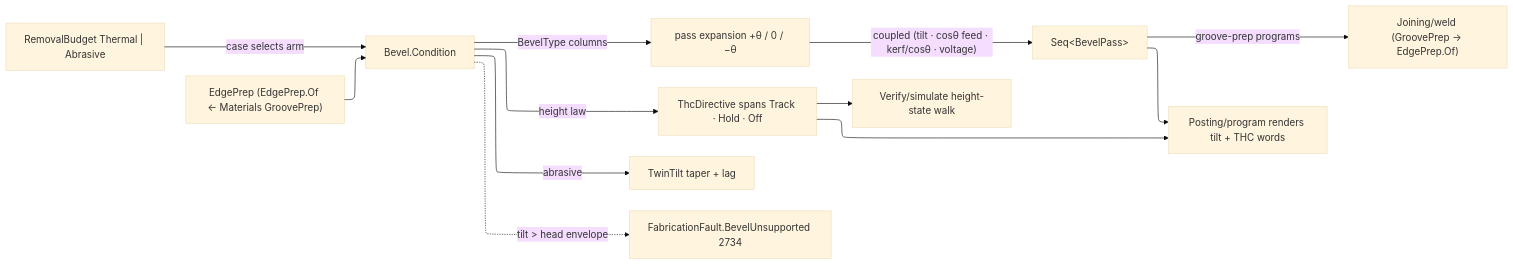
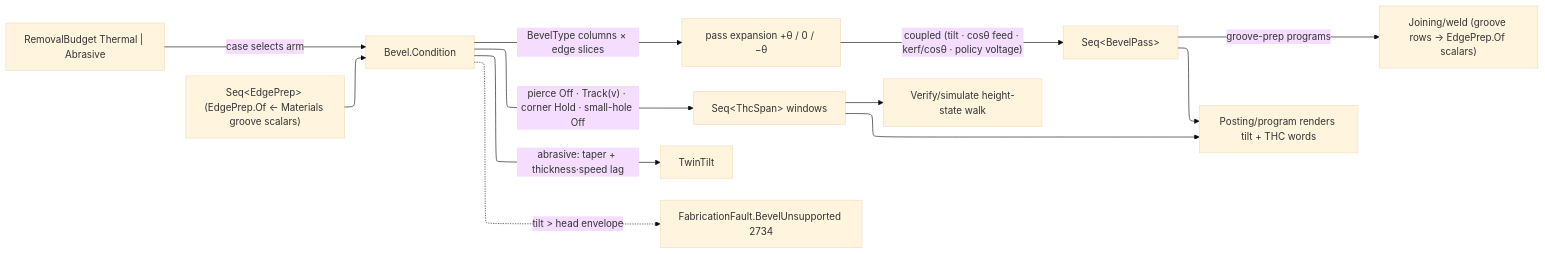
The diagram in libs/csharp/Rasm.Fabrication/.planning/Toolpath/bevel.md (bsamiee/Rasm), drawn with Mermaid before and after one commit. The commit also changed other lines of this file and 79 other files, not shown here.

````diff
--- a/libs/csharp/Rasm.Fabrication/.planning/Toolpath/bevel.md
+++ b/libs/csharp/Rasm.Fabrication/.planning/Toolpath/bevel.md
@@ -132,19 +181,19 @@
 ```mermaid
 ---
 config:
   layout: elk
   theme: base
 ---
 flowchart LR
-    Prep["EdgePrep (EdgePrep.Of ← Materials GroovePrep)"] --> Condition["Bevel.Condition"]
+    Prep["Seq&lt;EdgePrep&gt; (EdgePrep.Of ← Materials groove scalars)"] --> Condition["Bevel.Condition"]
     Budget["RemovalBudget Thermal | Abrasive"] -->|case selects arm| Condition
-    Condition -->|BevelType columns| Expand["pass expansion +θ / 0 / −θ"]
-    Expand -->|"coupled (tilt · cosθ feed · kerf/cosθ · voltage)"| Passes["Seq&lt;BevelPass&gt;"]
-    Condition -->|height law| Thc["ThcDirective spans Track · Hold · Off"]
-    Condition -->|abrasive| Twin["TwinTilt taper + lag"]
+    Condition -->|"BevelType columns × edge slices"| Expand["pass expansion +θ / 0 / −θ"]
+    Expand -->|"coupled (tilt · cosθ feed · kerf/cosθ · policy voltage)"| Passes["Seq&lt;BevelPass&gt;"]
+    Condition -->|"pierce Off · Track(v) · corner Hold · small-hole Off"| Thc["Seq&lt;ThcSpan&gt; windows"]
+    Condition -->|"abrasive: taper + thickness·speed lag"| Twin["TwinTilt"]
     Condition -.->|tilt > head envelope| Fault["FabricationFault.BevelUnsupported 2734"]
     Passes --> Post["Posting/program renders tilt + THC words"]
     Thc --> Post
     Thc --> Sim["Verify/simulate height-state walk"]
-    Passes -->|groove-prep programs| Weld["Joining/weld (GroovePrep → EdgePrep.Of)"]
+    Passes -->|groove-prep programs| Weld["Joining/weld (groove rows → EdgePrep.Of scalars)"]
 ```
````
